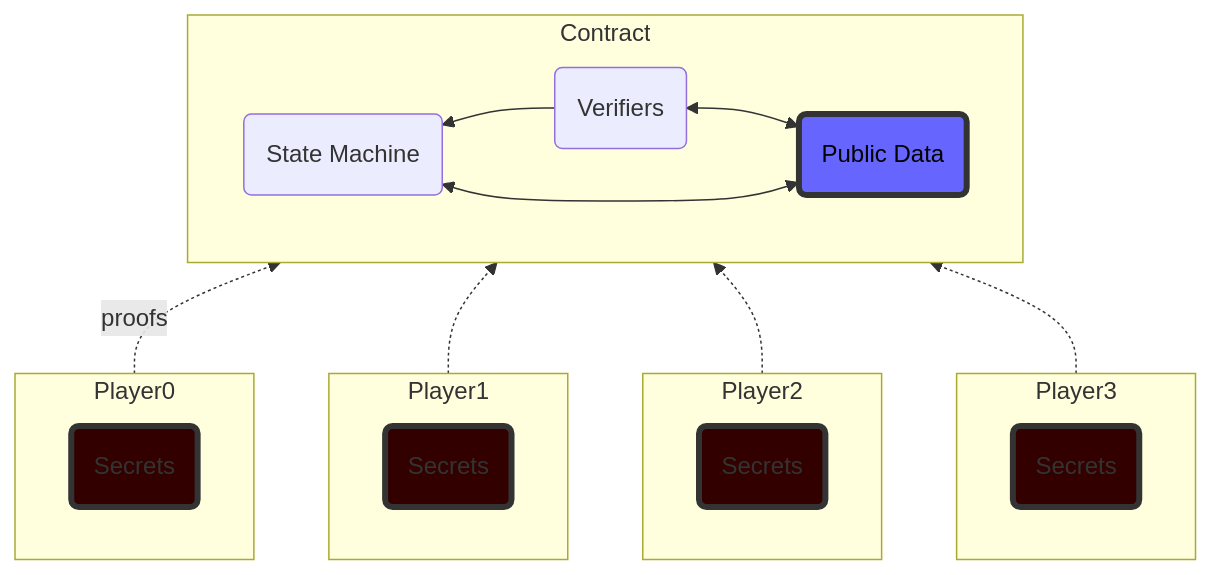
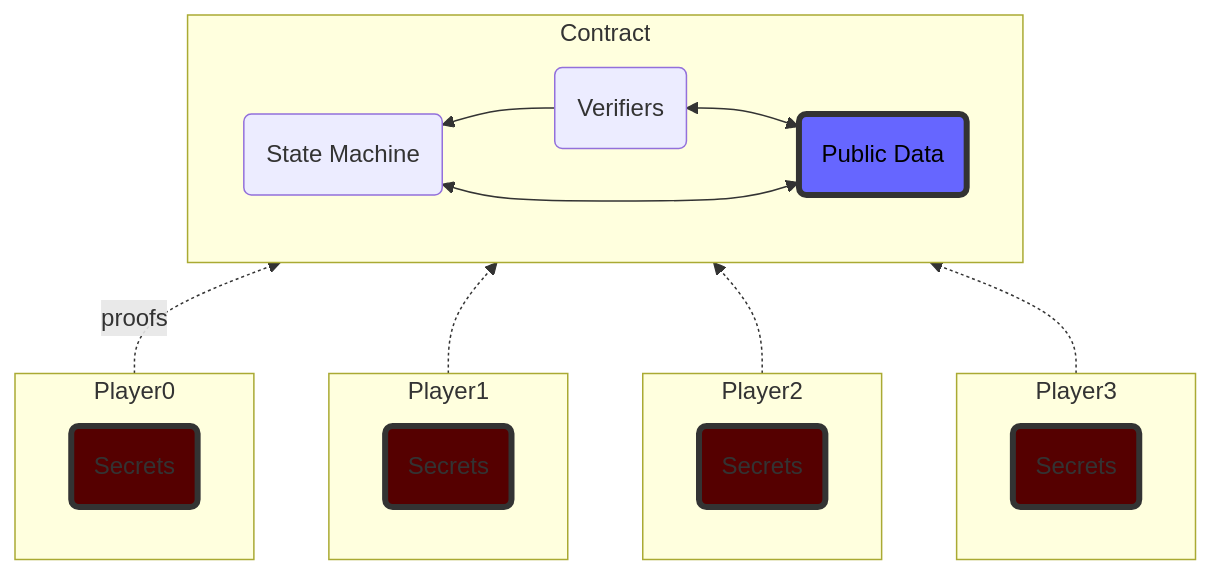
Before and after one commit to ThanksSkeleton/zkwitches: the diagram in docs/zkPlay.md, drawn with Mermaid. The commit also changed 4 other files, not shown here.

````diff
--- a/docs/zkPlay.md
+++ b/docs/zkPlay.md
@@ -1,44 +1,44 @@
 ```mermaid
 flowchart BT
     subgraph Player0
         direction LR
         P1S(Secrets)
     end
     
     subgraph Player1
         direction LR
         P2S(Secrets)
     end
 
     subgraph Player2
         direction LR
         P3S(Secrets)
     end
 
     subgraph Player3
         direction LR
         P4S(Secrets)
     end
 
 
     subgraph Contract
         direction RL
 
         V(Verifiers) --> S(State Machine)
         P(Public Data) <--> S(State Machine)
         P(Public Data) <--> V
     end
 
     Player0 -.->|proofs|Contract
     Player1 -.-> Contract
     Player2 -.-> Contract
     Player3 -.-> Contract
 
-    style P1S fill:#330000,stroke:#333,stroke-width:4px
-    style P2S fill:#330000,stroke:#333,stroke-width:4px
-    style P3S fill:#330000,stroke:#333,stroke-width:4px
-    style P4S fill:#330000,stroke:#333,stroke-width:4px
+    style P1S fill:#550000,stroke:#333,stroke-width:4px
+    style P2S fill:#550000,stroke:#333,stroke-width:4px
+    style P3S fill:#550000,stroke:#333,stroke-width:4px
+    style P4S fill:#550000,stroke:#333,stroke-width:4px
 
     style P fill:#6666FF,stroke:#333,stroke-width:4px,color:#000
 
 ```
````
